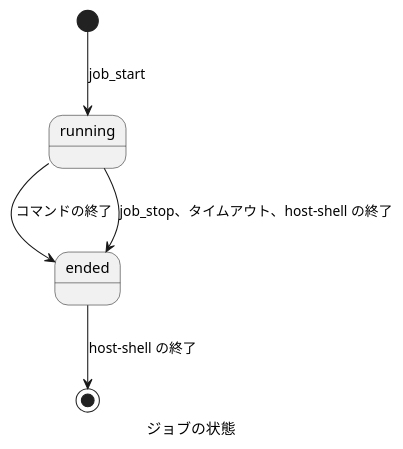
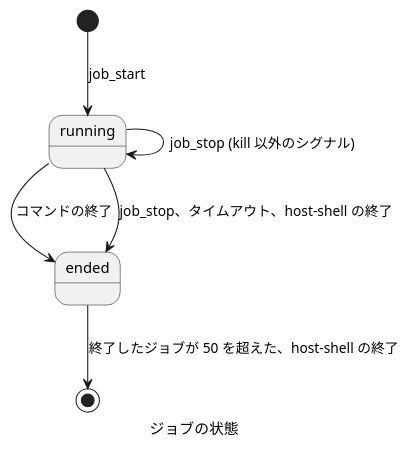
Before and after one commit to Hondarer/host-shell-mcp: the first of 2 diagrams in docs/reference.md, drawn with PlantUML. The commit also changed other lines of this file and 56 other files, not shown here.

````diff
--- a/docs/reference.md
+++ b/docs/reference.md
@@ -382,9 +550,10 @@
 ```plantuml
 @startuml ジョブの状態
     caption ジョブの状態
     [*] --> running : job_start
+    running --> running : job_stop (kill 以外のシグナル)
     running --> ended : コマンドの終了
     running --> ended : job_stop、タイムアウト、host-shell の終了
-    ended --> [*] : host-shell の終了
+    ended --> [*] : 終了したジョブが 50 を超えた、host-shell の終了
 @enduml
 ```
````
